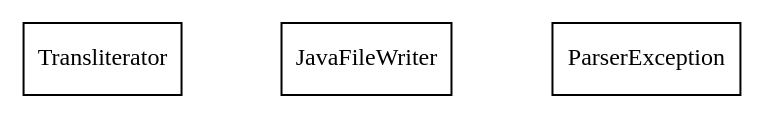
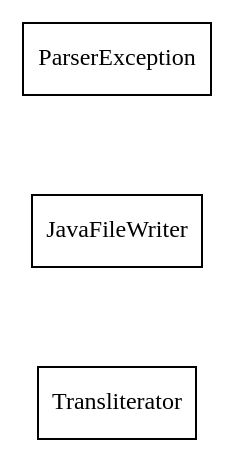
One commit to nastolbov/AutoTestGeneratorUpdate changed the diagram in diagrams/cls_common_initial.dot. Above: the diagram before and after it, drawn with Graphviz. The commit also changed 38 other files, not shown here.

```diff
--- a/diagrams/cls_common_initial.dot
+++ b/diagrams/cls_common_initial.dot
@@ -1,11 +1,11 @@
 digraph cls_common_initial {
-    rankdir=TB; fontname="Liberation Serif";
+    rankdir=LR; fontname="Liberation Serif";
     nodesep=0.7; ranksep=1.0;
     node [fontname="Liberation Serif", fontsize=12, shape=box, style=filled, fillcolor=white];
-    edge [color=black, fontname="Liberation Serif", fontsize=10, labeldistance=1.8, arrowsize=0.9];
+    edge [color=black, arrowsize=0.9];
 
     T  [label="Transliterator"];
     JW [label="JavaFileWriter"];
     PE [label="ParserException"];
 
 }
```
